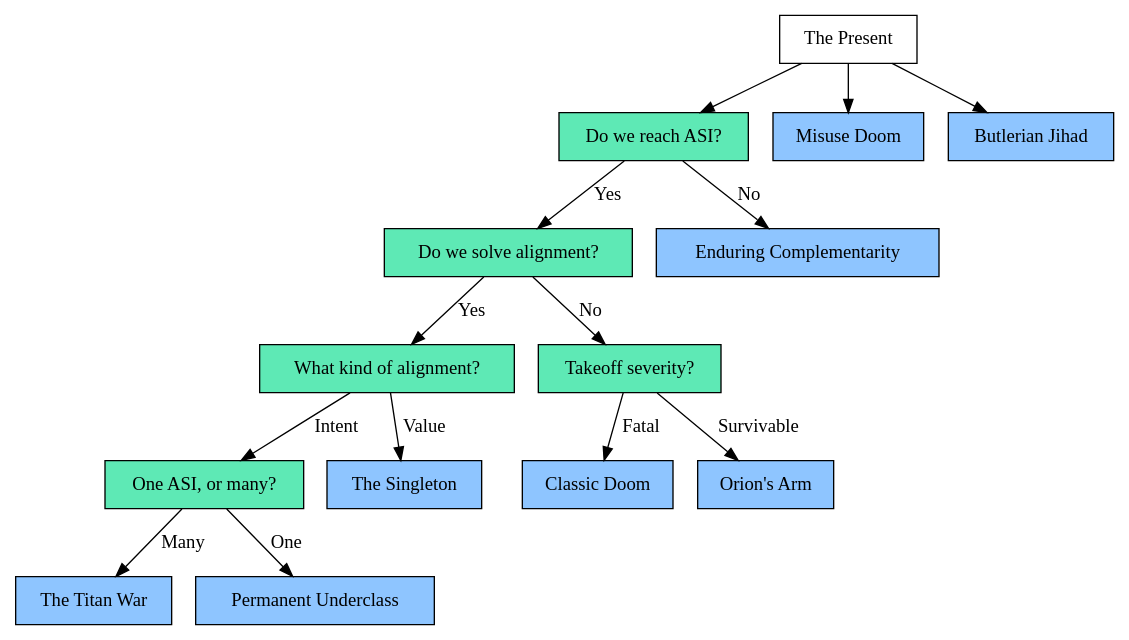
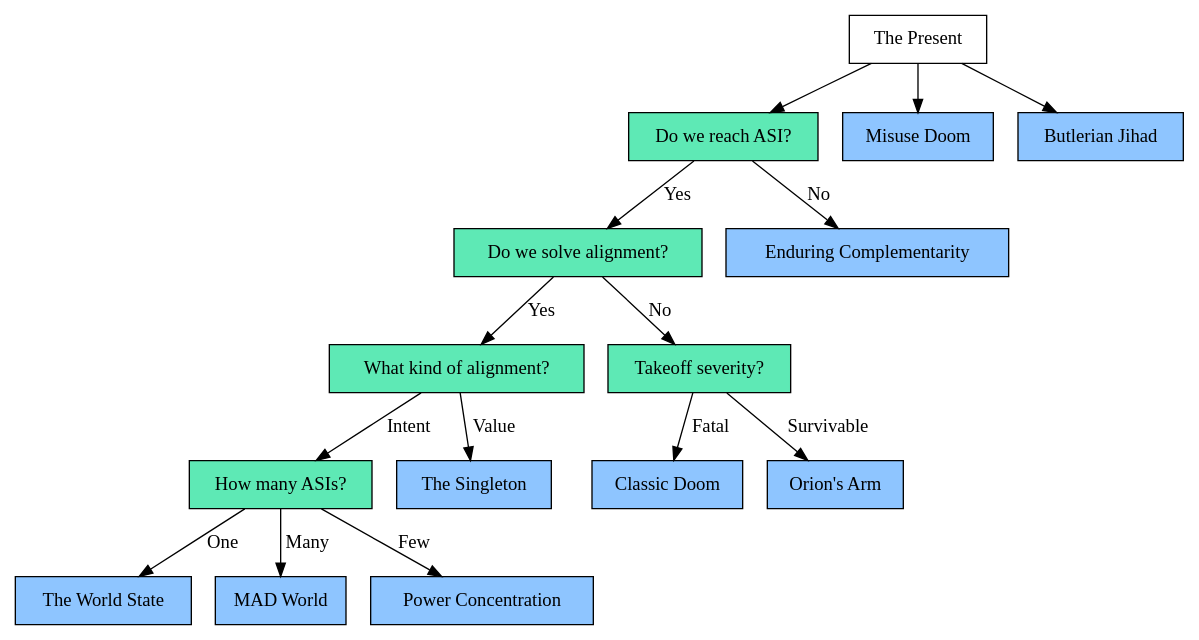
The diagram in _includes/possible-futures/toc.dot (eudoxia0/eudoxia0.github.io), drawn with Graphviz before and after one commit. The commit also changed 2 other files, not shown here.

```diff
--- a/_includes/possible-futures/toc.dot
+++ b/_includes/possible-futures/toc.dot
@@ -1,50 +1,52 @@
 digraph futures {
     rankdir=TB;
 
     // Start.
     pre[label="The Present", shape=box];
 
     // Questions.
     node[shape=box, style=filled, fillcolor="#5ee9b5"];
     asi[label="Do we reach ASI?"];
     align[label="Do we solve alignment?"];
     whatkind[label="What kind of alignment?"];
     noalign[label="Takeoff severity?"];
-    howmany[label="One ASI, or many?"];
+    howmany[label="How many ASIs?"];
 
     // States of the world.
     node [shape=box, style=filled, fillcolor="#8ec5ff"];
     ec[label="Enduring Complementarity", URL="#enduring-complementarity"];
     misuse[label="Misuse Doom", URL="#misuse-doom"];
     doom[label="Classic Doom", URL="#classic-doom"];
     orion[label="Orion's Arm", URL="#orions-arm"];
     sing[label="The Singleton", URL="#singleton"];
-    titan[label="The Titan War", URL="#titan"];
-    pu[label="Permanent Underclass", URL="#pu"];
+    world[label="The World State", URL="#world"];
     butler[label="Butlerian Jihad", URL="#butler"];
+    mad[label="MAD World", URL="#mad"];
+    power[label="Power Concentration", URL="#power"];
 
     // Edges.
     pre -> misuse;
     pre -> asi;
     pre -> butler;
 
     // Do we reach ASI?
     asi -> ec [label="No"];
     asi -> align [label="Yes"];
 
     // Do we solve alignment?
     align -> noalign [label="No"];
     align -> whatkind [label="Yes"];
 
     // Is the AI hostile, or indifferent?
     noalign -> doom [label="Fatal"];
     noalign -> orion [label="Survivable"];
 
     // What kind of alignment?
     whatkind -> howmany [label="Intent"];
     whatkind -> sing [label="Value"];
 
-    // One ASI, or many?
-    howmany -> pu [label="One"];
-    howmany -> titan [label="Many"];
+    // How many ASIs?
+    howmany -> mad [label="Many"];
+    howmany -> power [label="Few"];
+    howmany -> world [label="One"];
 }
```
